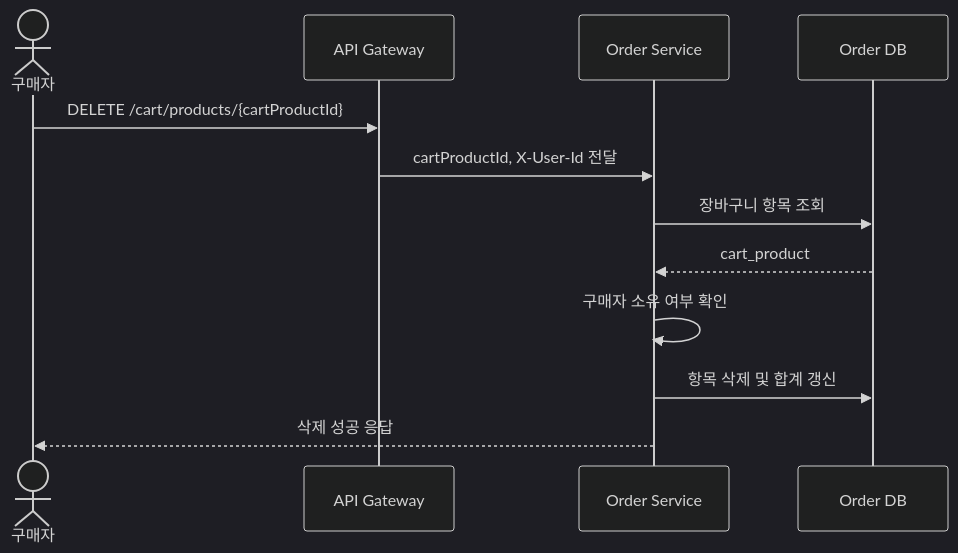
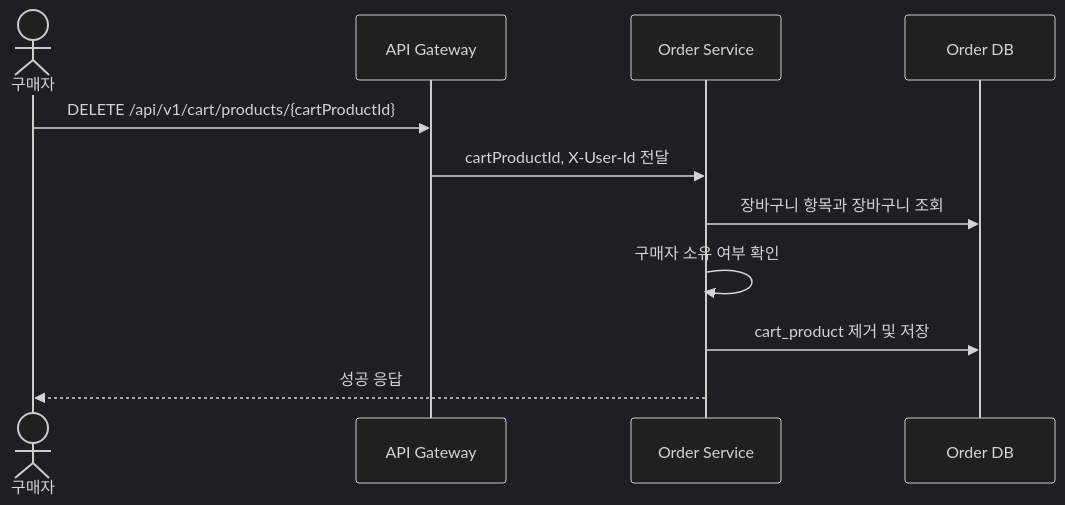
Before and after one commit to prgrms-be-adv-devcourse/beadv6_6_3JMT_BE: the third of 15 diagrams in docs/architecture/order-usecase-detail.md, drawn with Mermaid (dark theme). The commit also changed other lines of this file and 3 other files, not shown here.

````diff
--- a/docs/architecture/order-usecase-detail.md
+++ b/docs/architecture/order-usecase-detail.md
@@ -105,15 +95,14 @@
 ```mermaid
 sequenceDiagram
     actor Buyer as 구매자
     participant Gateway as API Gateway
     participant Order as Order Service
     participant DB as Order DB
 
-    Buyer->>Gateway: DELETE /cart/products/{cartProductId}
+    Buyer->>Gateway: DELETE /api/v1/cart/products/{cartProductId}
     Gateway->>Order: cartProductId, X-User-Id 전달
-    Order->>DB: 장바구니 항목 조회
-    DB-->>Order: cart_product
+    Order->>DB: 장바구니 항목과 장바구니 조회
     Order->>Order: 구매자 소유 여부 확인
-    Order->>DB: 항목 삭제 및 합계 갱신
-    Order-->>Buyer: 삭제 성공 응답
+    Order->>DB: cart_product 제거 및 저장
+    Order-->>Buyer: 성공 응답
 ```
````
